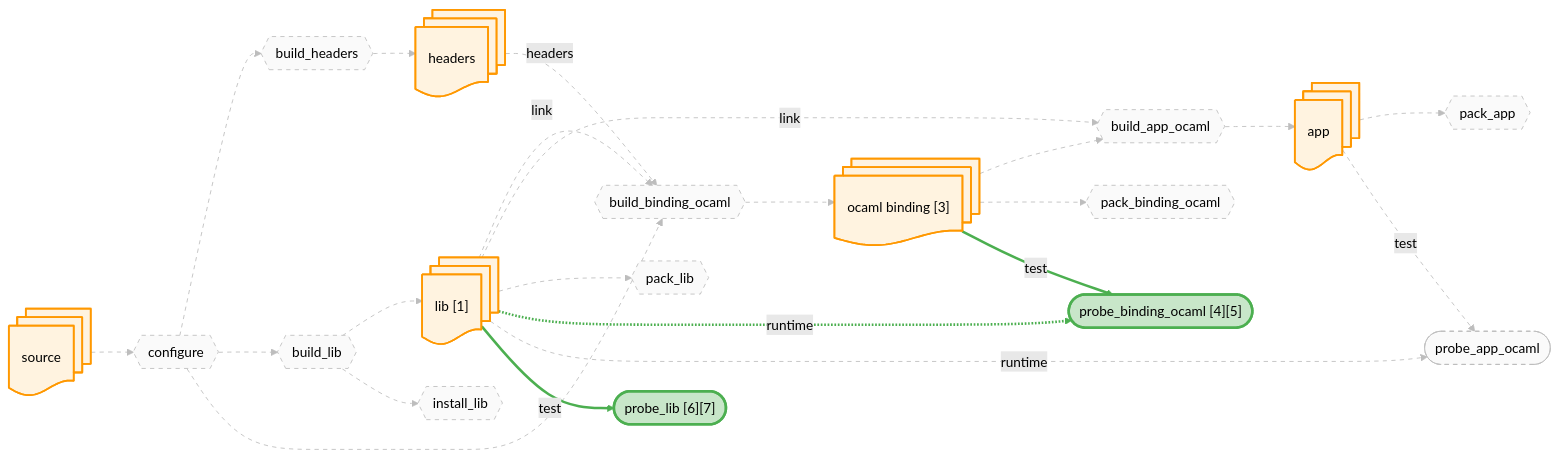
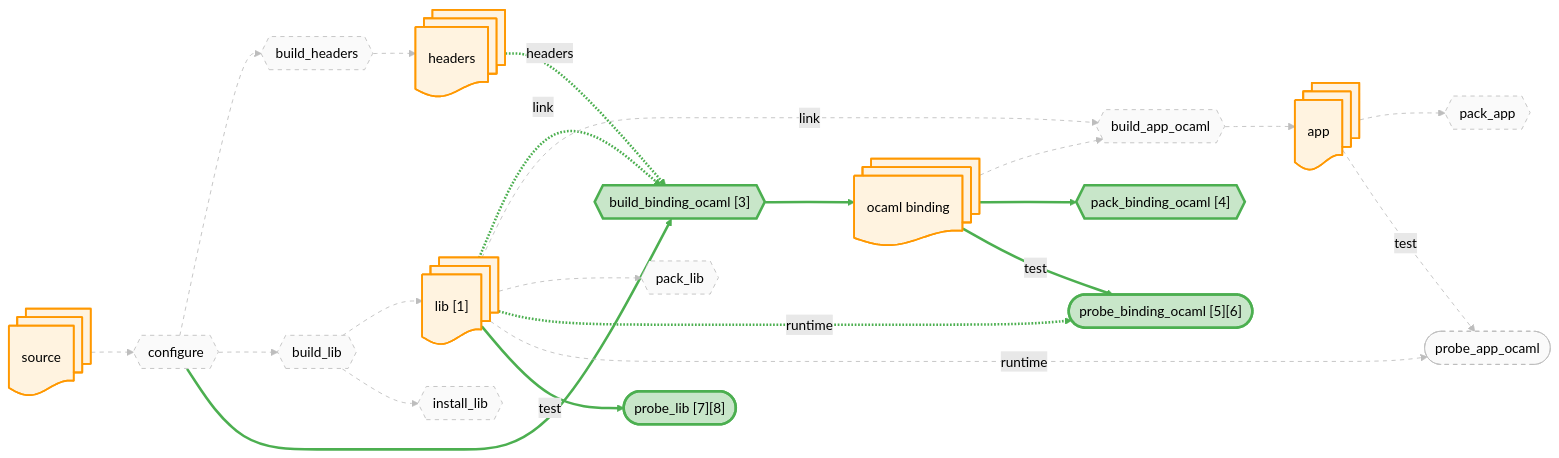
Before and after one commit to JHU-PL-Lab/tola: the diagram in docs/canary/projects/zarith/-run/diagrams/all.mmd, drawn with Mermaid (forest theme). The commit also changed 110 other files, not shown here.

```diff
--- a/docs/canary/projects/zarith/-run/diagrams/all.mmd
+++ b/docs/canary/projects/zarith/-run/diagrams/all.mmd
@@ -1,84 +1,84 @@
 graph LR
     source_node@{ shape: docs, label: "source" }
     headers_node@{ shape: docs, label: "headers" }
     lib_node@{ shape: docs, label: "lib [1]" }
     app_node@{ shape: docs, label: "app" }
-    ocaml_binding_node@{ shape: docs, label: "ocaml binding [3]" }
+    ocaml_binding_node@{ shape: docs, label: "ocaml binding" }
 
     A_configure{{"configure"}}
     A_build_headers{{"build_headers"}}
     A_build_lib{{"build_lib"}}
-    A_build_binding_ocaml{{"build_binding_ocaml"}}
+    A_build_binding_ocaml{{"build_binding_ocaml [3]"}}
     A_build_app_ocaml{{"build_app_ocaml"}}
     A_install_lib{{"install_lib"}}
-    A_pack_binding_ocaml{{"pack_binding_ocaml"}}
+    A_pack_binding_ocaml{{"pack_binding_ocaml [4]"}}
     A_pack_lib{{"pack_lib"}}
     A_pack_app{{"pack_app"}}
-    A_probe_binding_ocaml(["probe_binding_ocaml [4][5]"])
+    A_probe_binding_ocaml(["probe_binding_ocaml [5][6]"])
     A_probe_app_ocaml(["probe_app_ocaml"])
-    A_probe_lib(["probe_lib [6][7]"])
+    A_probe_lib(["probe_lib [7][8]"])
 
     source_node --> A_configure
     A_configure --> A_build_headers
     A_build_headers --> headers_node
     A_configure --> A_build_lib
     A_build_lib --> lib_node
     A_configure --> A_build_binding_ocaml
     headers_node -.->|headers| A_build_binding_ocaml
     lib_node -.->|link| A_build_binding_ocaml
     A_build_binding_ocaml --> ocaml_binding_node
     ocaml_binding_node --> A_build_app_ocaml
     lib_node -.->|link| A_build_app_ocaml
     A_build_app_ocaml --> app_node
     A_build_lib --> A_install_lib
     ocaml_binding_node --> A_pack_binding_ocaml
     lib_node --> A_pack_lib
     app_node --> A_pack_app
     ocaml_binding_node -->|test| A_probe_binding_ocaml
     lib_node -.->|runtime| A_probe_binding_ocaml
     app_node -->|test| A_probe_app_ocaml
     lib_node -.->|runtime| A_probe_app_ocaml
     lib_node -->|test| A_probe_lib
 
     classDef artifact fill:#fff3e0,stroke:#ff9800,stroke-width:2px
     classDef action fill:#f3e5f5,stroke:#9c27b0,stroke-width:2px
     classDef st_done fill:#c8e6c9,stroke:#4caf50,stroke-width:3px
     classDef st_done_ctx fill:#e8f5e9,stroke:#a5d6a7,stroke-width:1.5px
     classDef st_expected_fail fill:#fff9c4,stroke:#f9a825,stroke-width:2px
     classDef st_failed fill:#ffcdd2,stroke:#c62828,stroke-width:2px
     classDef st_skipped fill:#f5f5f5,stroke:#9e9e9e,stroke-dasharray:5
     classDef st_nospec fill:#fafafa,stroke:#bdbdbd,stroke-dasharray:5
     class source_node,headers_node,lib_node,app_node,ocaml_binding_node artifact
     class A_configure st_nospec
     class A_build_headers st_nospec
     class A_build_lib st_nospec
-    class A_build_binding_ocaml st_nospec
+    class A_build_binding_ocaml st_done
     class A_build_app_ocaml st_nospec
     class A_install_lib st_nospec
-    class A_pack_binding_ocaml st_nospec
+    class A_pack_binding_ocaml st_done
     class A_pack_lib st_nospec
     class A_pack_app st_nospec
     class A_probe_binding_ocaml st_done
     class A_probe_app_ocaml st_nospec
     class A_probe_lib st_done
     linkStyle 0 stroke:#bdbdbd,stroke-width:1px,stroke-dasharray:5
     linkStyle 1 stroke:#bdbdbd,stroke-width:1px,stroke-dasharray:5
     linkStyle 2 stroke:#bdbdbd,stroke-width:1px,stroke-dasharray:5
     linkStyle 3 stroke:#bdbdbd,stroke-width:1px,stroke-dasharray:5
     linkStyle 4 stroke:#bdbdbd,stroke-width:1px,stroke-dasharray:5
-    linkStyle 5 stroke:#bdbdbd,stroke-width:1px,stroke-dasharray:5
-    linkStyle 6 stroke:#bdbdbd,stroke-width:1px,stroke-dasharray:5
-    linkStyle 7 stroke:#bdbdbd,stroke-width:1px,stroke-dasharray:5
-    linkStyle 8 stroke:#bdbdbd,stroke-width:1px,stroke-dasharray:5
+    linkStyle 5 stroke:#4caf50,stroke-width:3px
+    linkStyle 6 stroke:#4caf50,stroke-width:3px
+    linkStyle 7 stroke:#4caf50,stroke-width:3px
+    linkStyle 8 stroke:#4caf50,stroke-width:3px
     linkStyle 9 stroke:#bdbdbd,stroke-width:1px,stroke-dasharray:5
     linkStyle 10 stroke:#bdbdbd,stroke-width:1px,stroke-dasharray:5
     linkStyle 11 stroke:#bdbdbd,stroke-width:1px,stroke-dasharray:5
     linkStyle 12 stroke:#bdbdbd,stroke-width:1px,stroke-dasharray:5
-    linkStyle 13 stroke:#bdbdbd,stroke-width:1px,stroke-dasharray:5
+    linkStyle 13 stroke:#4caf50,stroke-width:3px
     linkStyle 14 stroke:#bdbdbd,stroke-width:1px,stroke-dasharray:5
     linkStyle 15 stroke:#bdbdbd,stroke-width:1px,stroke-dasharray:5
     linkStyle 16 stroke:#4caf50,stroke-width:3px
     linkStyle 17 stroke:#4caf50,stroke-width:3px
     linkStyle 18 stroke:#bdbdbd,stroke-width:1px,stroke-dasharray:5
     linkStyle 19 stroke:#bdbdbd,stroke-width:1px,stroke-dasharray:5
     linkStyle 20 stroke:#4caf50,stroke-width:3px
```
